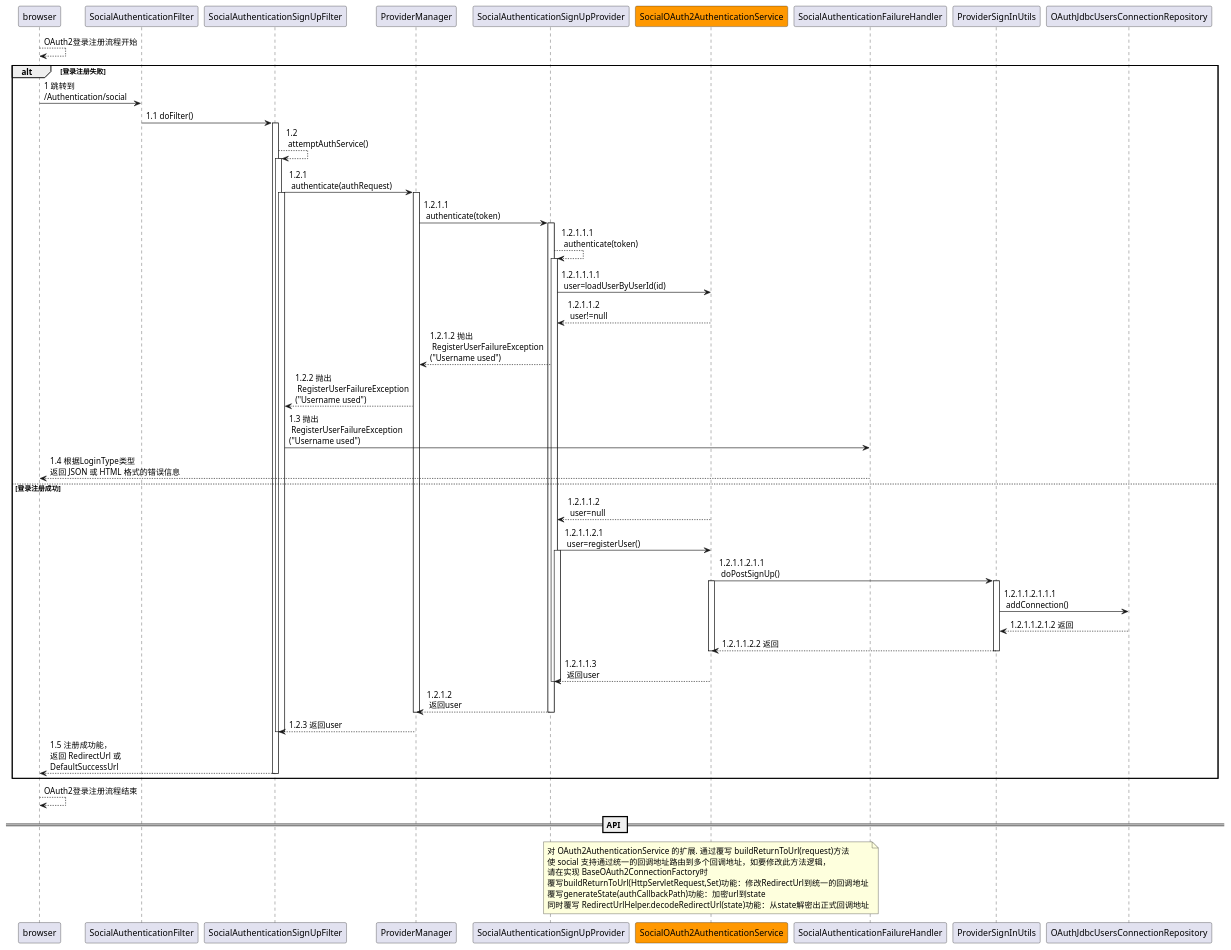
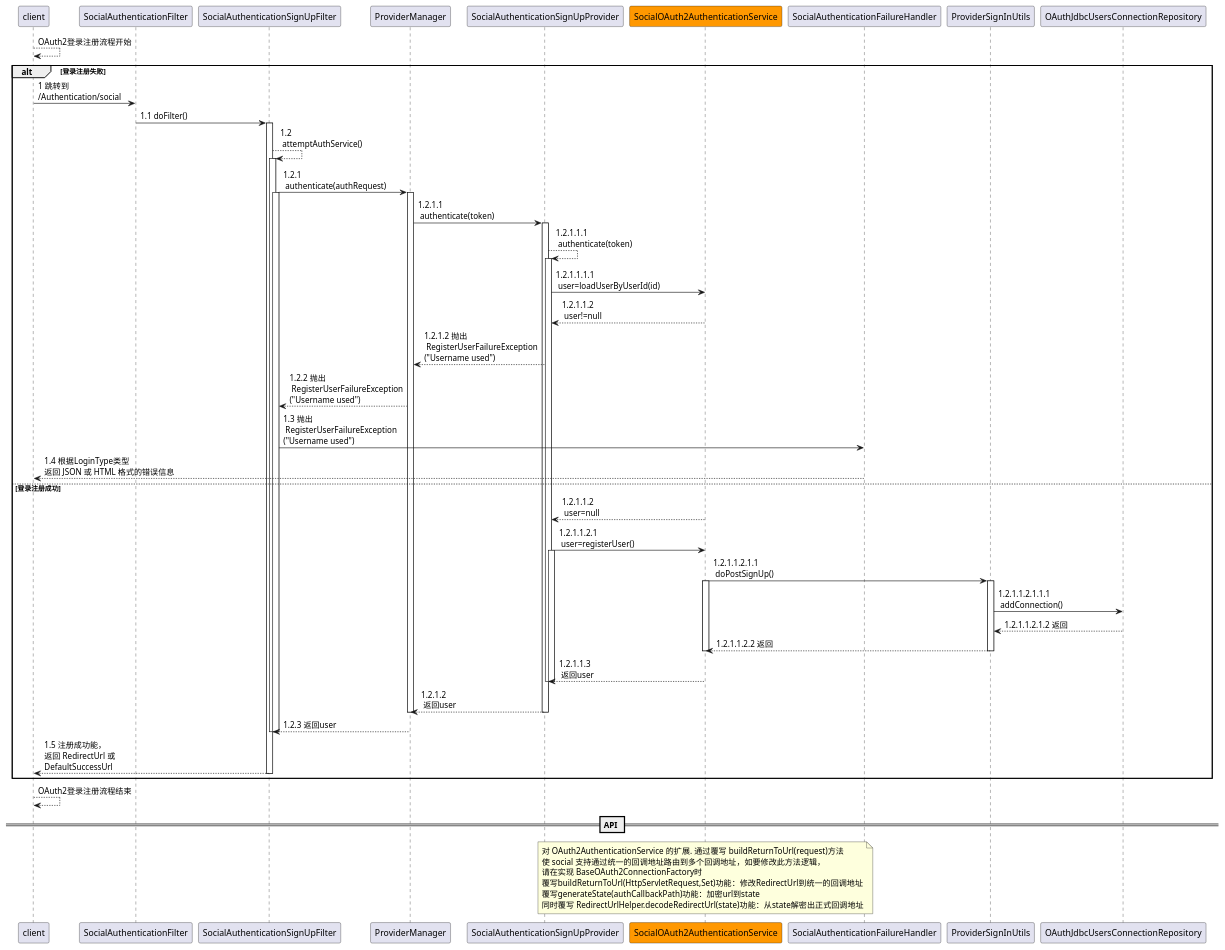
Before and after one commit to ZeroOrInfinity/UMS: the diagram in doc/OAuth2SignUp.puml, drawn with PlantUML. The commit also changed 137 other files, not shown here.

```diff
--- a/doc/OAuth2SignUp.puml
+++ b/doc/OAuth2SignUp.puml
@@ -1,59 +1,59 @@
 @startuml
 
-browser --> browser: OAuth2登录注册流程开始
+client --> client: OAuth2登录注册流程开始
 alt 登录注册失败
-browser -> SocialAuthenticationFilter: 1 跳转到 \n/Authentication/social
+client -> SocialAuthenticationFilter: 1 跳转到 \n/Authentication/social
 
 SocialAuthenticationFilter -> SocialAuthenticationSignUpFilter: 1.1 doFilter()
 activate SocialAuthenticationSignUpFilter
 SocialAuthenticationSignUpFilter --> SocialAuthenticationSignUpFilter: 1.2\n attemptAuthService()
 activate SocialAuthenticationSignUpFilter
 SocialAuthenticationSignUpFilter -> ProviderManager: 1.2.1\n authenticate(authRequest)
 activate SocialAuthenticationSignUpFilter
 activate ProviderManager
 ProviderManager -> SocialAuthenticationSignUpProvider: 1.2.1.1\n authenticate(token)
 activate SocialAuthenticationSignUpProvider
 SocialAuthenticationSignUpProvider --> SocialAuthenticationSignUpProvider: 1.2.1.1.1\n authenticate(token)
 activate SocialAuthenticationSignUpProvider
 participant SocialOAuth2AuthenticationService #ff9800
 SocialAuthenticationSignUpProvider -> SocialOAuth2AuthenticationService: 1.2.1.1.1.1\n user=loadUserByUserId(id)
 
 SocialOAuth2AuthenticationService --> SocialAuthenticationSignUpProvider: 1.2.1.1.2\n user!=null
 SocialAuthenticationSignUpProvider --> ProviderManager: 1.2.1.2 抛出\n RegisterUserFailureException\n("Username used")
 ProviderManager --> SocialAuthenticationSignUpFilter: 1.2.2 抛出\n RegisterUserFailureException\n("Username used")
 SocialAuthenticationSignUpFilter -> SocialAuthenticationFailureHandler: 1.3 抛出\n RegisterUserFailureException\n("Username used")
-SocialAuthenticationFailureHandler --> browser: 1.4 根据LoginType类型\n返回 JSON 或 HTML 格式的错误信息
+SocialAuthenticationFailureHandler --> client: 1.4 根据LoginType类型\n返回 JSON 或 HTML 格式的错误信息
 else 登录注册成功
 SocialOAuth2AuthenticationService --> SocialAuthenticationSignUpProvider: 1.2.1.1.2\n user=null
 SocialAuthenticationSignUpProvider -> SocialOAuth2AuthenticationService: 1.2.1.1.2.1\n user=registerUser()
 activate SocialAuthenticationSignUpProvider
 SocialOAuth2AuthenticationService -> ProviderSignInUtils: 1.2.1.1.2.1.1\n doPostSignUp()
 activate ProviderSignInUtils
 activate SocialOAuth2AuthenticationService
 ProviderSignInUtils -> OAuthJdbcUsersConnectionRepository: 1.2.1.1.2.1.1.1\n addConnection()
 OAuthJdbcUsersConnectionRepository --> ProviderSignInUtils: 1.2.1.1.2.1.2 返回
 ProviderSignInUtils --> SocialOAuth2AuthenticationService: 1.2.1.1.2.2 返回
 deactivate SocialOAuth2AuthenticationService
 deactivate ProviderSignInUtils
 SocialOAuth2AuthenticationService --> SocialAuthenticationSignUpProvider: 1.2.1.1.3\n 返回user
 deactivate SocialAuthenticationSignUpProvider
 
 deactivate SocialAuthenticationSignUpProvider
 SocialAuthenticationSignUpProvider --> ProviderManager: 1.2.1.2\n 返回user
 deactivate ProviderManager
 deactivate SocialAuthenticationSignUpProvider
 ProviderManager --> SocialAuthenticationSignUpFilter: 1.2.3 返回user
 deactivate SocialAuthenticationSignUpFilter
 deactivate SocialAuthenticationSignUpFilter
-SocialAuthenticationSignUpFilter --> browser: 1.5 注册成功能，\n返回 RedirectUrl 或 \nDefaultSuccessUrl
+SocialAuthenticationSignUpFilter --> client: 1.5 注册成功能，\n返回 RedirectUrl 或 \nDefaultSuccessUrl
 deactivate SocialAuthenticationSignUpFilter
 end
-browser --> browser: OAuth2登录注册流程结束
+client --> client: OAuth2登录注册流程结束
 
 == API ==
 note over SocialOAuth2AuthenticationService: 对 OAuth2AuthenticationService 的扩展. 通过覆写 buildReturnToUrl(request)方法\n\
 使 social 支持通过统一的回调地址路由到多个回调地址，如要修改此方法逻辑，\n请在实现 BaseOAuth2ConnectionFactory时\n\
 覆写buildReturnToUrl(HttpServletRequest,Set)功能：修改RedirectUrl到统一的回调地址\n\
 覆写generateState(authCallbackPath)功能：加密url到state\n\
 同时覆写 RedirectUrlHelper.decodeRedirectUrl(state)功能：从state解密出正式回调地址
 @enduml
```
